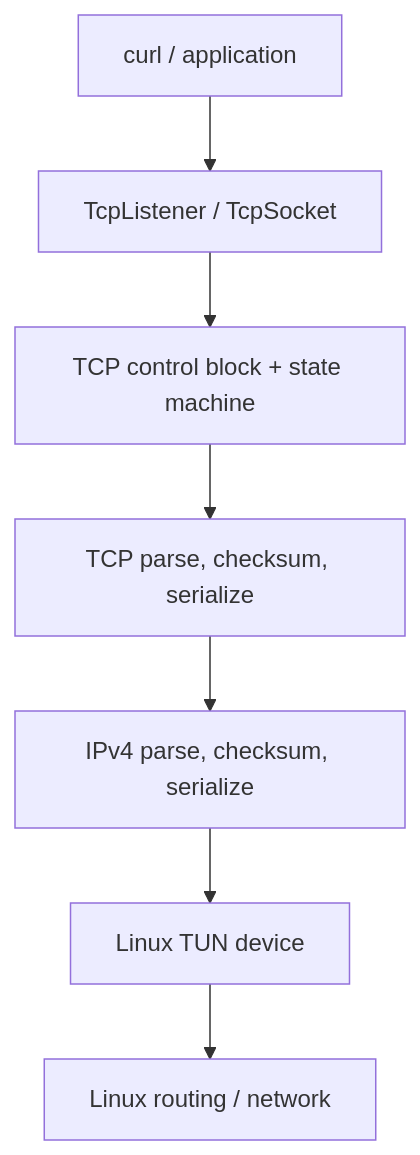
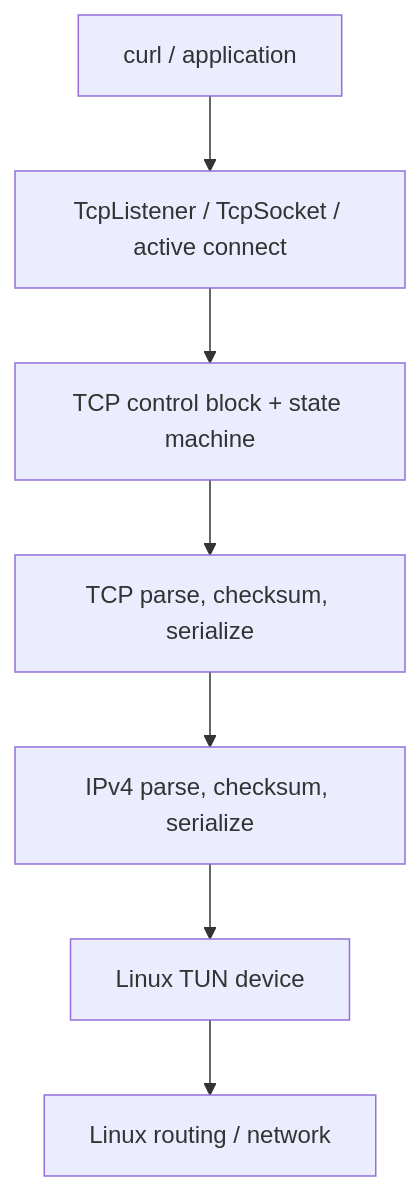
The first of 4 diagrams in README.md (shri299/wirefin), drawn with Mermaid before and after one commit. The commit also changed other lines of this file, not shown here.

Commit message:
docs: document advanced TCP feature matrix

````diff
--- a/README.md
+++ b/README.md
@@ -38,9 +38,9 @@
 ```mermaid
 flowchart TD
-    Curl["curl / application"] --> API["TcpListener / TcpSocket"]
+    Curl["curl / application"] --> API["TcpListener / TcpSocket / active connect"]
     API --> Conn["TCP control block + state machine"]
     Conn --> TCP["TCP parse, checksum, serialize"]
     TCP --> IP["IPv4 parse, checksum, serialize"]
     IP --> TUN["Linux TUN device"]
     TUN --> Linux["Linux routing / network"]
 ```
````
